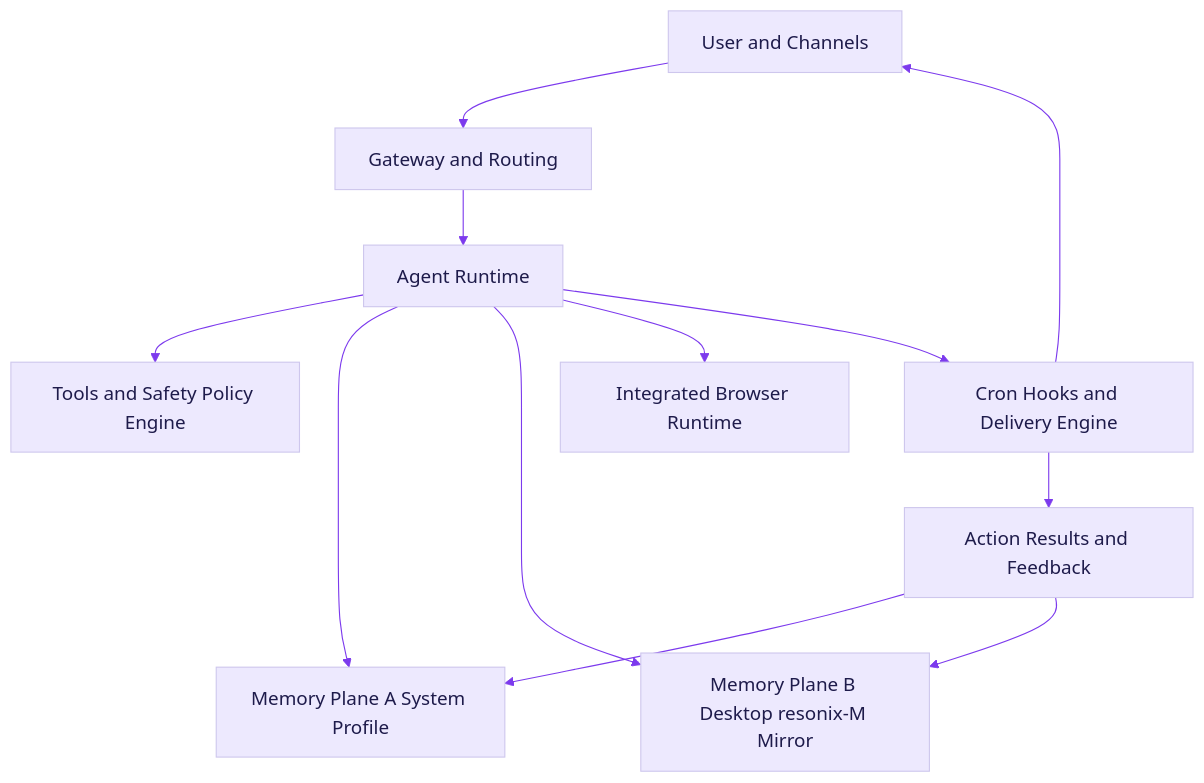
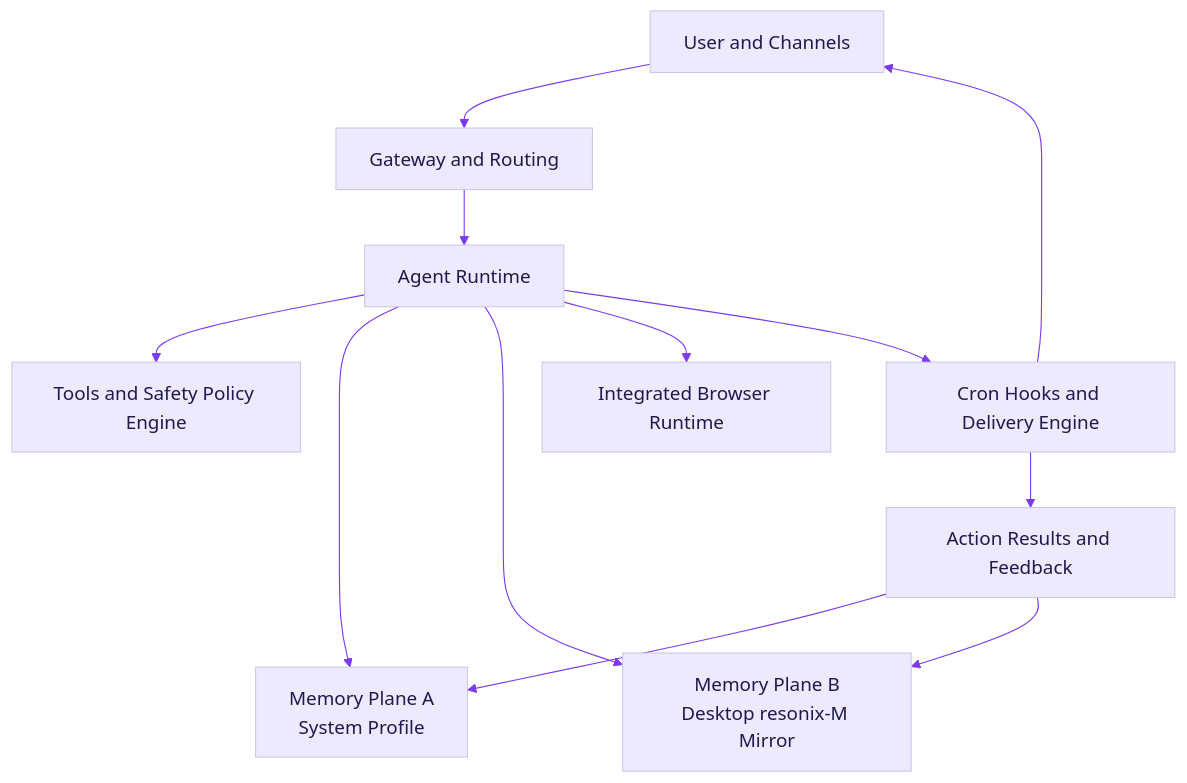
One commit to mangiapanejohn-dev/Resonix-AG changed the first of 2 diagrams in README.md. Above: the diagram before and after it, drawn with Mermaid. The commit also changed other lines of this file, not shown here.

````diff
--- a/README.md
+++ b/README.md
@@ -43,15 +117,15 @@
 ```mermaid
 %%{init: {'theme': 'base', 'themeVariables': { 'fontSize': '17px', 'primaryTextColor': '#1E1B4B', 'lineColor': '#7C3AED', 'primaryColor': '#EDE9FE', 'tertiaryColor': '#F5F3FF', 'background': '#FFFFFF' }}}%%
 flowchart TB
   U[User and Channels] --> G[Gateway and Routing]
   G --> A[Agent Runtime]
   A --> T[Tools and Safety Policy Engine]
-  A --> M1[Memory Plane A System Profile]
-  A --> M2[Memory Plane B Desktop resonix-M Mirror]
+  A --> M1[Memory Plane A<br/>System Profile]
+  A --> M2[Memory Plane B<br/>Desktop resonix-M Mirror]
   A --> B[Integrated Browser Runtime]
   A --> C[Cron Hooks and Delivery Engine]
   C --> R[Action Results and Feedback]
   R --> M1
   R --> M2
   C --> U
 ```
````
